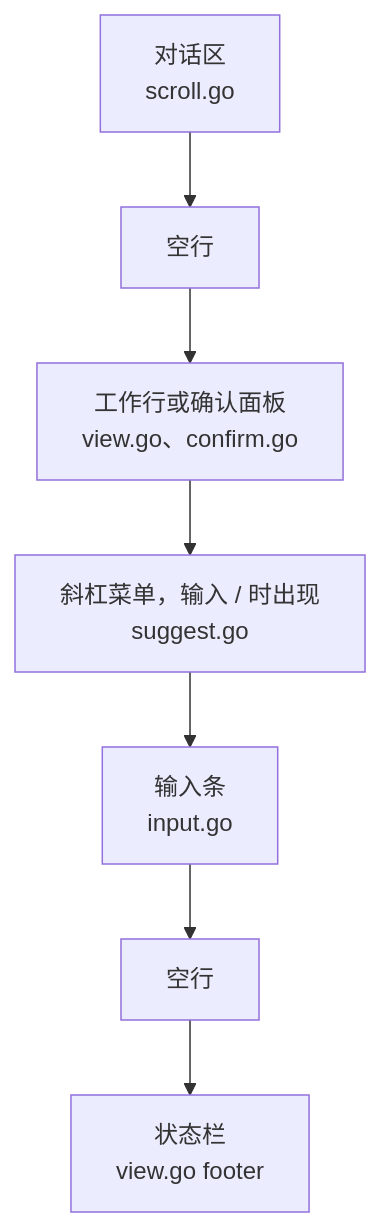
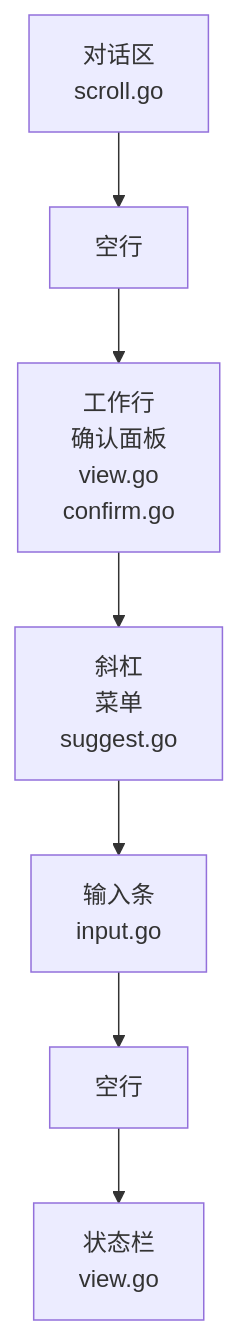
The second of 3 diagrams in docs/tui.zh-CN.md (zyy17/pigo), drawn with Mermaid before and after one commit. The commit also changed other lines of this file and 5 other files, not shown here.

First line of the commit message:
docs: fix clipped labels in TUI diagrams

````diff
--- a/docs/tui.zh-CN.md
+++ b/docs/tui.zh-CN.md
@@ -41,11 +41,11 @@
 ```mermaid
 flowchart TB
     transcript["对话区<br/>scroll.go"]
     gap["空行"]
-    status["工作行或确认面板<br/>view.go、confirm.go"]
-    menu["斜杠菜单，输入 / 时出现<br/>suggest.go"]
+    status["工作行<br/>确认面板<br/>view.go<br/>confirm.go"]
+    menu["斜杠<br/>菜单<br/>suggest.go"]
     composer["输入条<br/>input.go"]
     gap2["空行"]
-    footer["状态栏<br/>view.go footer"]
+    footer["状态栏<br/>view.go"]
     transcript --> gap --> status --> menu --> composer --> gap2 --> footer
 ```
````
